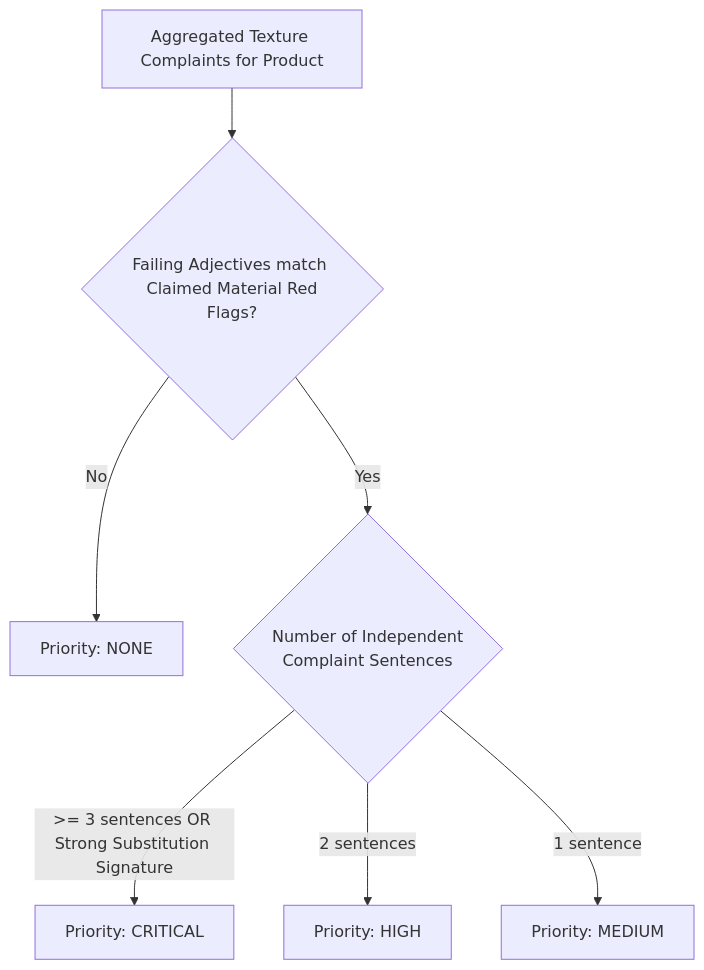
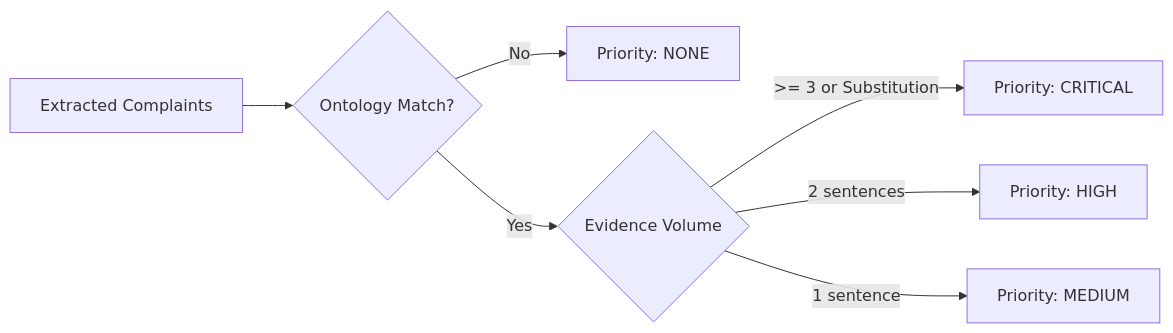
Before and after one commit to addy9051/True-texture-detector-AI-system: the third of 3 diagrams in docs/02_data_pipeline_nlp.md, drawn with Mermaid. The commit also changed other lines of this file and 7 other files, not shown here.

Commit message:
docs: add comprehensive system documentation for architecture, LLMOps, pipeline operations, and developer guides.

````diff
--- a/docs/02_data_pipeline_nlp.md
+++ b/docs/02_data_pipeline_nlp.md
@@ -91,9 +81,9 @@
 ```mermaid
-graph TD
-    A[Aggregated Texture Complaints for Product] --> B{Failing Adjectives match <br/> Claimed Material Red Flags?}
+graph LR
+    A[Extracted Complaints] --> B{Ontology Match?}
     B -- No --> C[Priority: NONE]
-    B -- Yes --> D{Number of Independent <br/> Complaint Sentences}
-    D -- ">= 3 sentences OR Strong Substitution Signature" --> E[Priority: CRITICAL]
+    B -- Yes --> D{Evidence Volume}
+    D -- ">= 3 or Substitution" --> E[Priority: CRITICAL]
     D -- "2 sentences" --> F[Priority: HIGH]
     D -- "1 sentence" --> G[Priority: MEDIUM]
 ```
````
